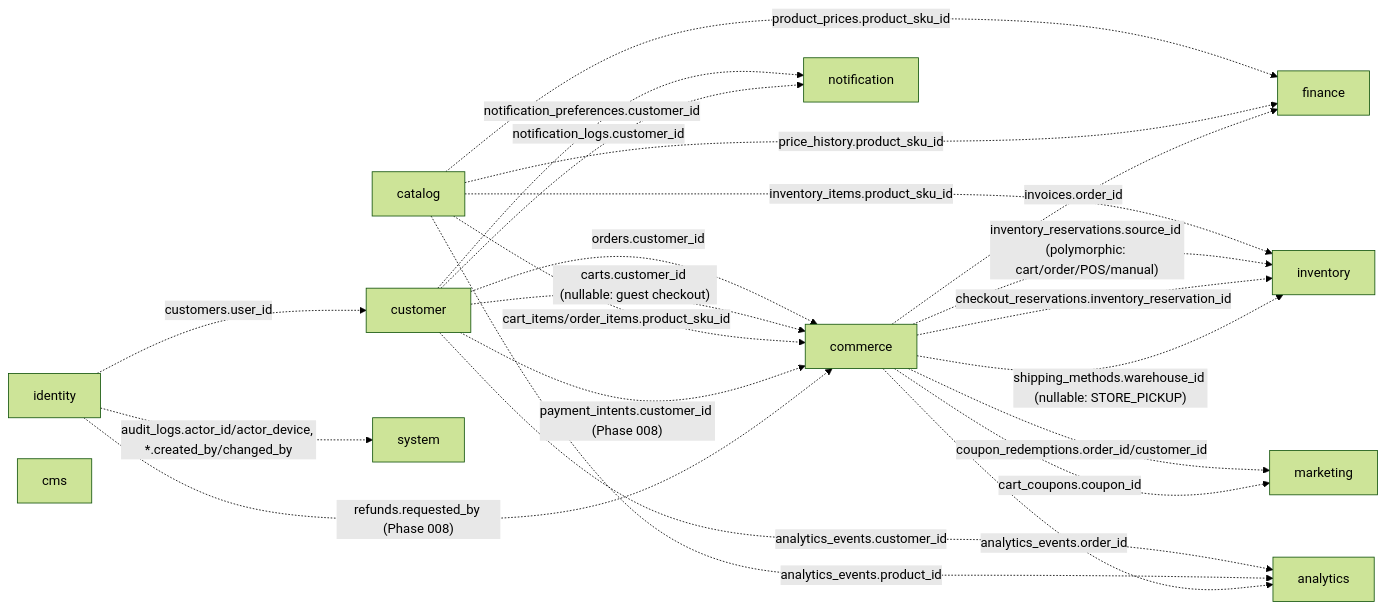
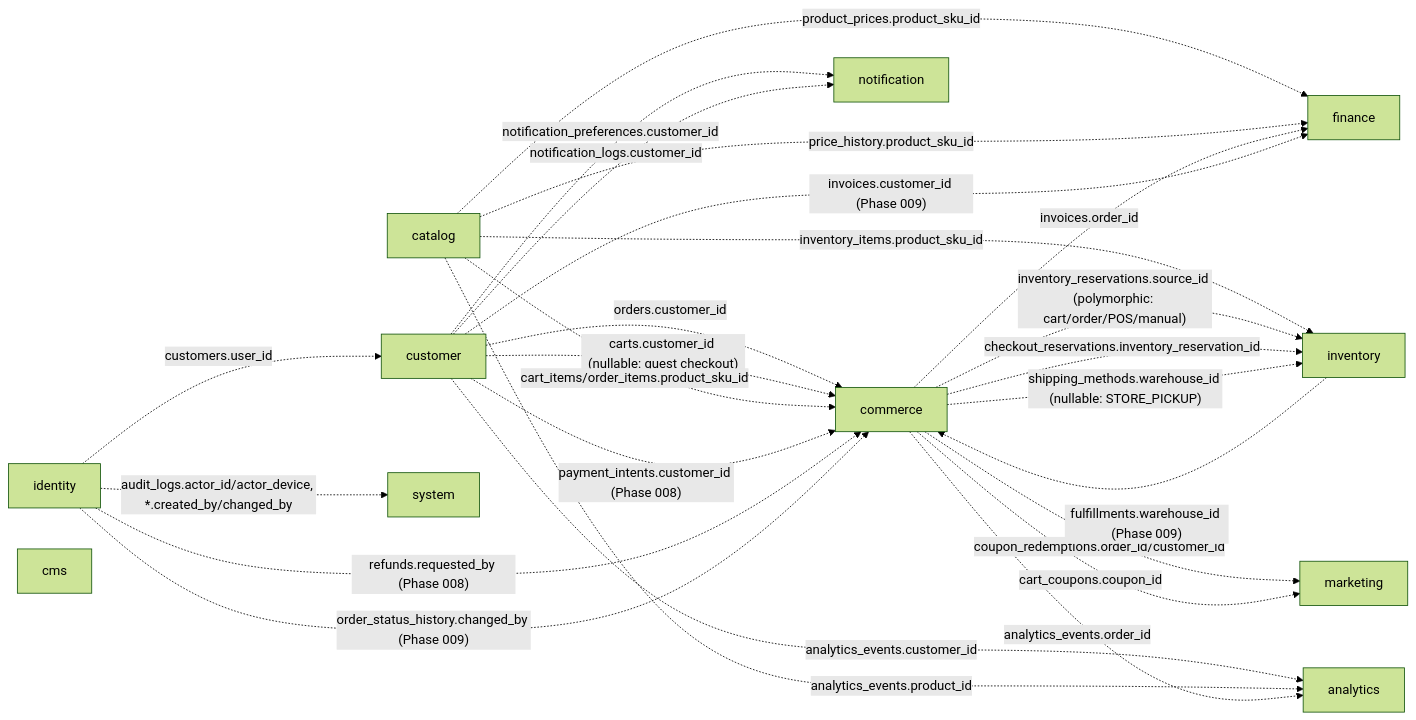
The first of 12 diagrams in docs/database/erd.md (HuseinHbz/Didar), drawn with Mermaid (forest theme) before and after one commit. The commit also changed other lines of this file and 12 other files, not shown here.

````diff
--- a/docs/database/erd.md
+++ b/docs/database/erd.md
@@ -24,36 +24,39 @@
 ```mermaid
 graph LR
     identity["identity"]
     customer["customer"]
     catalog["catalog"]
     inventory["inventory"]
     commerce["commerce"]
     marketing["marketing"]
     finance["finance"]
     notification["notification"]
     cms["cms"]
     analytics["analytics"]
     system["system"]
 
     identity -. "customers.user_id" .-> customer
     customer -. "orders.customer_id" .-> commerce
     customer -. "carts.customer_id (nullable: guest checkout)" .-> commerce
     catalog -. "product_prices.product_sku_id" .-> finance
     catalog -. "price_history.product_sku_id" .-> finance
     catalog -. "inventory_items.product_sku_id" .-> inventory
     catalog -. "cart_items/order_items.product_sku_id" .-> commerce
     commerce -. "invoices.order_id" .-> finance
     commerce -. "inventory_reservations.source_id (polymorphic: cart/order/POS/manual)" .-> inventory
     commerce -. "checkout_reservations.inventory_reservation_id" .-> inventory
     commerce -. "shipping_methods.warehouse_id (nullable: STORE_PICKUP)" .-> inventory
     commerce -. "coupon_redemptions.order_id/customer_id" .-> marketing
     commerce -. "cart_coupons.coupon_id" .-> marketing
     customer -. "payment_intents.customer_id (Phase 008)" .-> commerce
     identity -. "refunds.requested_by (Phase 008)" .-> commerce
+    inventory -. "fulfillments.warehouse_id (Phase 009)" .-> commerce
+    identity -. "order_status_history.changed_by (Phase 009)" .-> commerce
+    customer -. "invoices.customer_id (Phase 009)" .-> finance
     customer -. "notification_preferences.customer_id" .-> notification
     customer -. "notification_logs.customer_id" .-> notification
     customer -. "analytics_events.customer_id" .-> analytics
     catalog -. "analytics_events.product_id" .-> analytics
     commerce -. "analytics_events.order_id" .-> analytics
     identity -. "audit_logs.actor_id/actor_device, *.created_by/changed_by" .-> system
 ```
````
